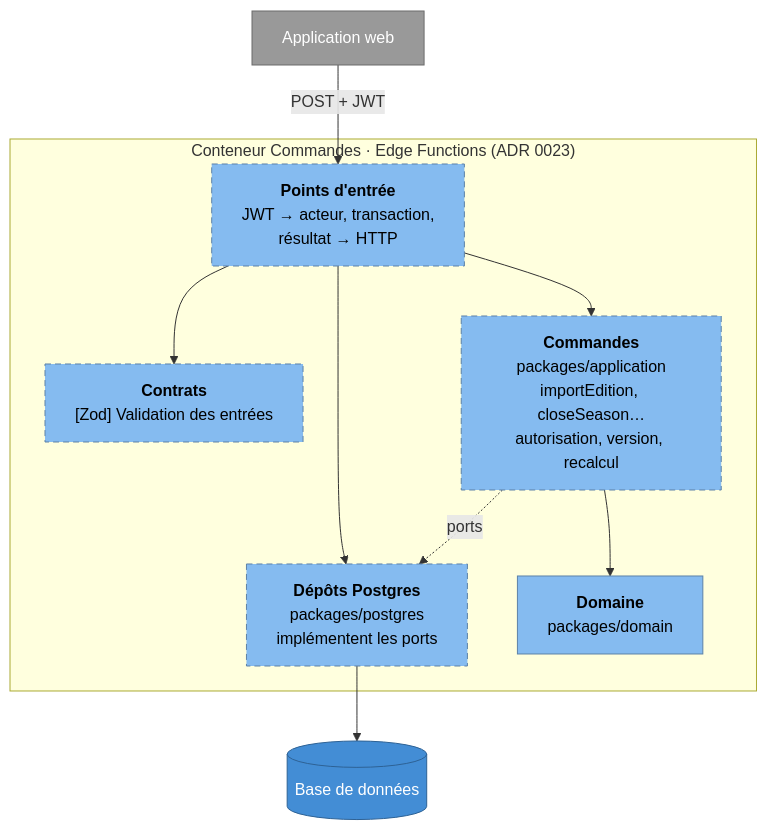
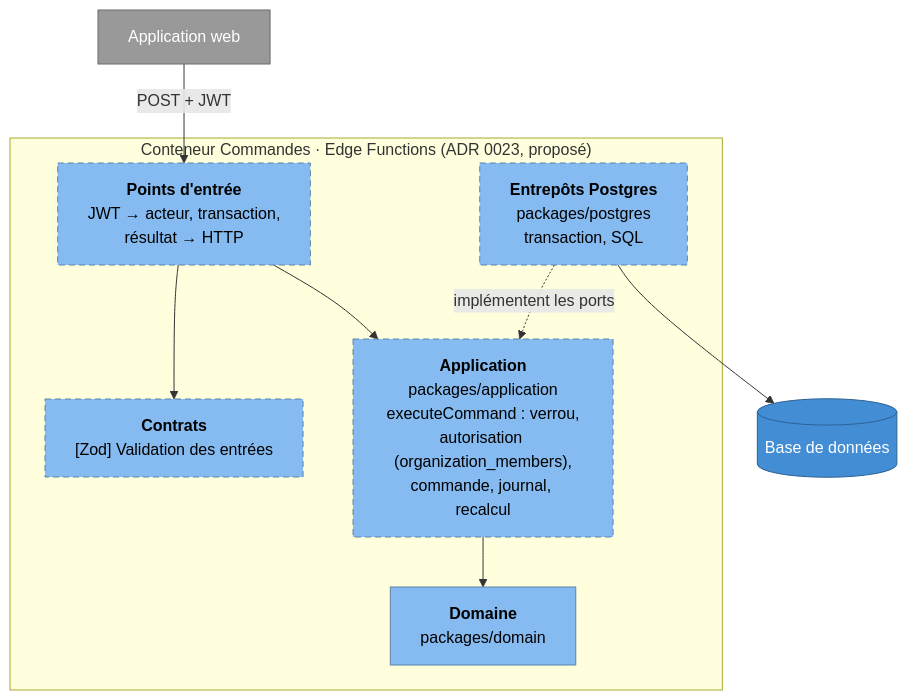
Before and after one commit to Charkx/Arrakard: the fourth of 5 diagrams in docs/architecture/c4.md, drawn with Mermaid. The commit also changed 6 other files, not shown here.

````diff
--- a/docs/architecture/c4.md
+++ b/docs/architecture/c4.md
@@ -127,27 +127,26 @@
 ```mermaid
 flowchart TB
   classDef planned fill:#85bbf0,stroke:#5d82a8,color:#000,stroke-dasharray:6 4
   classDef component fill:#85bbf0,stroke:#5d82a8,color:#000
   classDef external fill:#999,stroke:#6b6b6b,color:#fff
   classDef db fill:#438dd5,stroke:#2e6295,color:#fff
 
   web["Application web"]:::external
 
-  subgraph commands["Conteneur Commandes · Edge Functions (ADR 0023)"]
+  subgraph commands["Conteneur Commandes · Edge Functions (ADR 0023, proposé)"]
     handler["<b>Points d'entrée</b><br/>JWT → acteur, transaction,<br/>résultat → HTTP"]:::planned
     contracts["<b>Contrats</b><br/>[Zod] Validation des entrées"]:::planned
-    app["<b>Commandes</b><br/>packages/application<br/>importEdition, closeSeason…<br/>autorisation, version, recalcul"]:::planned
-    repos["<b>Dépôts Postgres</b><br/>packages/postgres<br/>implémentent les ports"]:::planned
+    app["<b>Application</b><br/>packages/application<br/>executeCommand : verrou,<br/>autorisation (organization_members),<br/>commande, journal, recalcul"]:::planned
+    repos["<b>Entrepôts Postgres</b><br/>packages/postgres<br/>transaction, SQL"]:::planned
     domain["<b>Domaine</b><br/>packages/domain"]:::component
   end
 
   db[("Base de données")]:::db
 
   web -->|"POST + JWT"| handler
   handler --> contracts
   handler --> app
-  handler --> repos
   app --> domain
-  app -. ports .-> repos
+  repos -. implémentent les ports .-> app
   repos --> db
 ```
````
